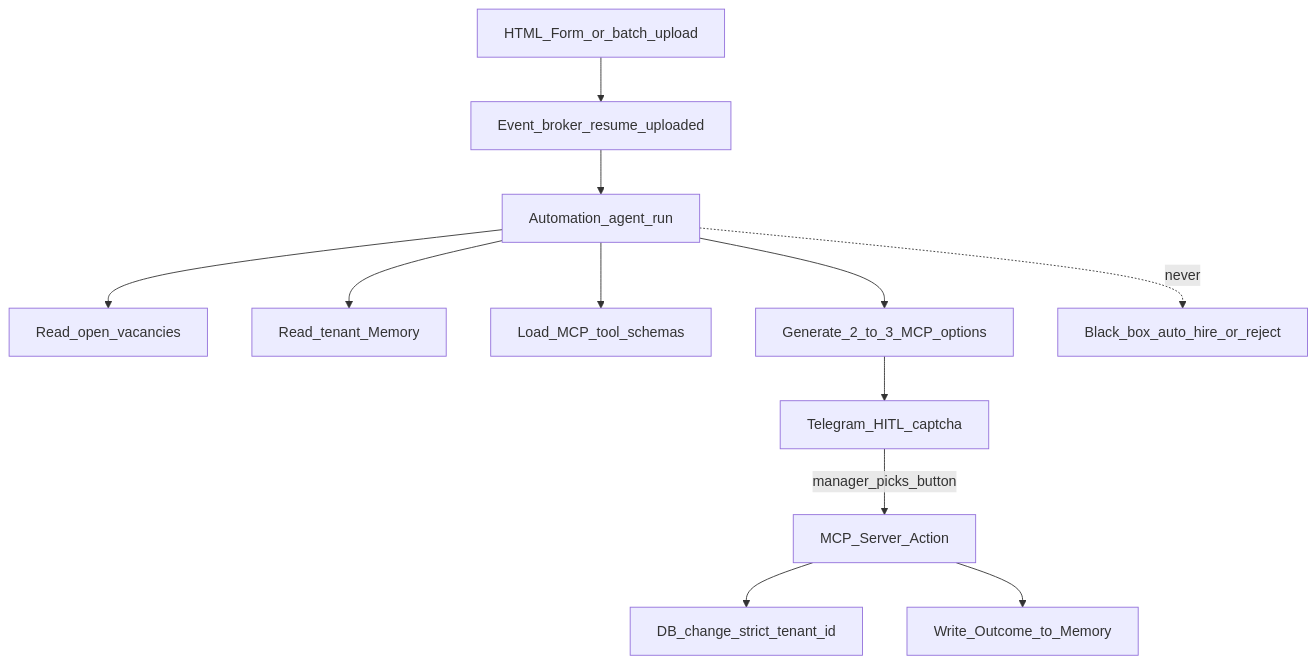
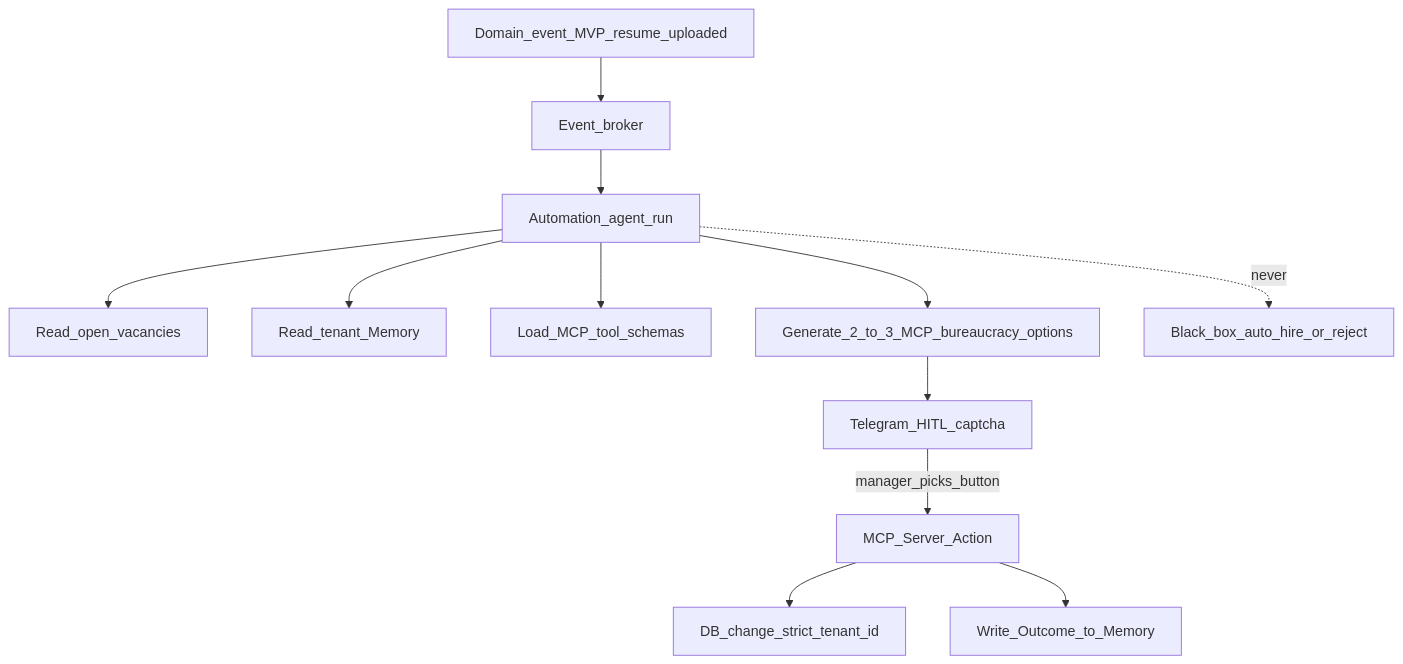
One commit to Cartnix/HireRank changed the diagram in docs/PASSPORT.md. Above: the diagram before and after it, drawn with Mermaid. The commit also changed other lines of this file and 19 other files, not shown here.

````diff
--- a/docs/PASSPORT.md
+++ b/docs/PASSPORT.md
@@ -78,14 +83,14 @@
 ```mermaid
 flowchart TB
-  Upload[HTML_Form_or_batch_upload] --> Broker[Event_broker_resume_uploaded]
+  Event[Domain_event_MVP_resume_uploaded] --> Broker[Event_broker]
   Broker --> Run[Automation_agent_run]
   Run --> Vac[Read_open_vacancies]
   Run --> MemRead[Read_tenant_Memory]
   Run --> Tools[Load_MCP_tool_schemas]
-  Run --> Gen[Generate_2_to_3_MCP_options]
+  Run --> Gen[Generate_2_to_3_MCP_bureaucracy_options]
   Gen --> TG[Telegram_HITL_captcha]
   TG -->|manager_picks_button| MCP[MCP_Server_Action]
   MCP --> DB[DB_change_strict_tenant_id]
   MCP --> MemWrite[Write_Outcome_to_Memory]
   Run -.->|never| Box[Black_box_auto_hire_or_reject]
 ```
````
